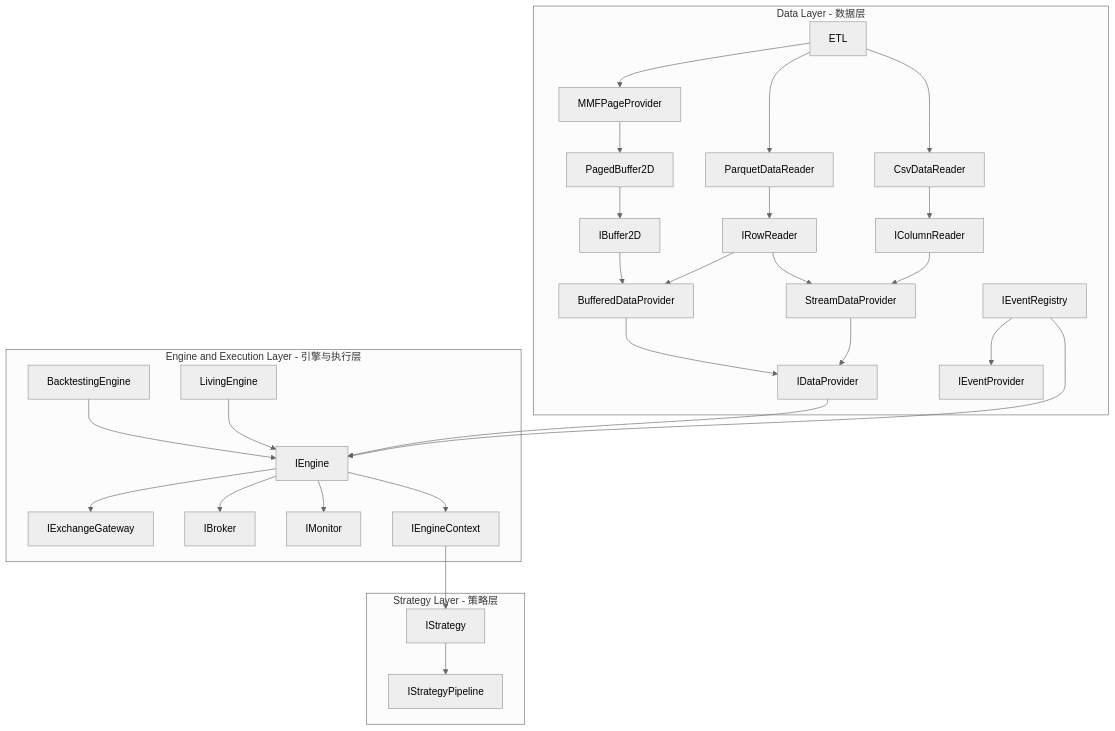
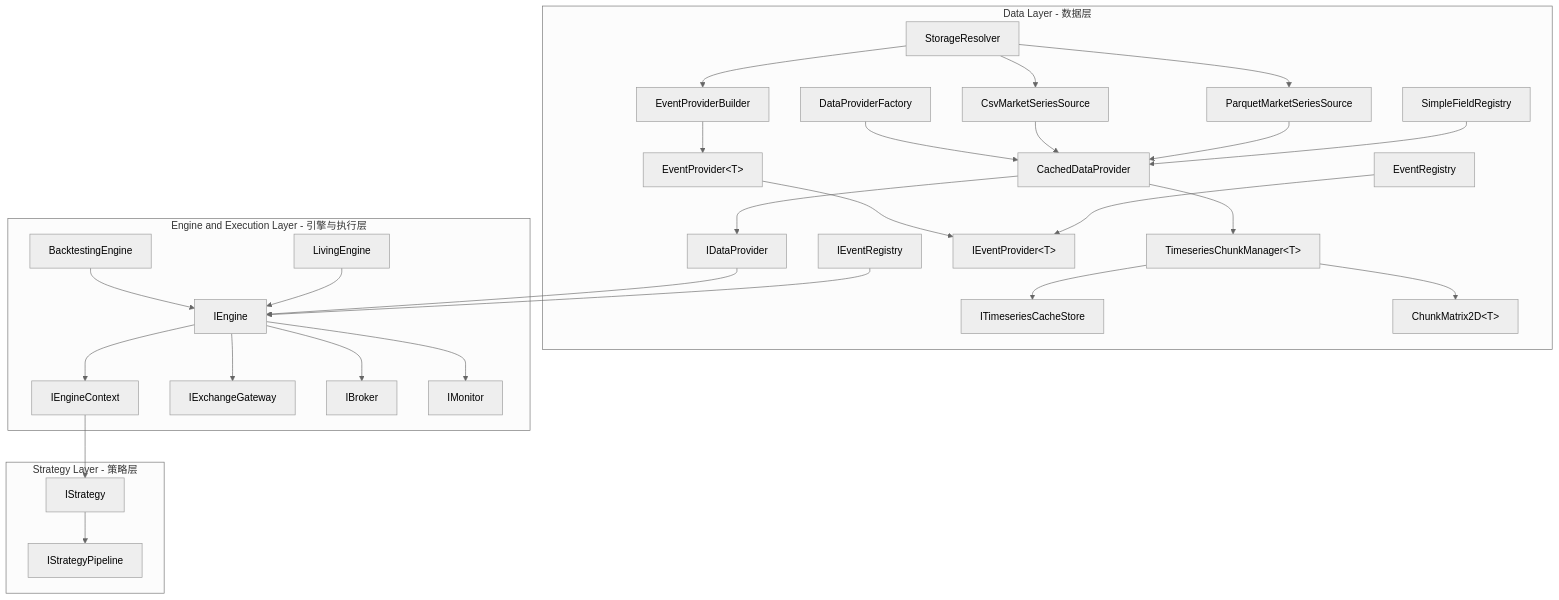
Before and after one commit to CRThu/CarrotQuant.Net: the diagram in Diagram/CarrotBacktesting.Net.Diagram.md, drawn with Mermaid (neutral theme). The commit also changed 29 other files, not shown here.

First line of the commit message:
refactor(data): 重构核心矩阵契约并统一领域命名为 Matrix 与 Store

````diff
--- a/Diagram/CarrotBacktesting.Net.Diagram.md
+++ b/Diagram/CarrotBacktesting.Net.Diagram.md
@@ -1,60 +1,62 @@
 ```mermaid
 graph TD
     subgraph DataLayer [Data Layer - 数据层]
-        ETL[ETL]
-        MMFPageProvider[MMFPageProvider]
-        ParquetDataReader[ParquetDataReader]
-        CsvDataReader[CsvDataReader]
-        PagedBuffer2D[PagedBuffer2D]
-        IRowReader[IRowReader]
-        IColumnReader[IColumnReader]
-        IBuffer2D[IBuffer2D]
-        BufferedDataProvider[BufferedDataProvider]
-        StreamDataProvider[StreamDataProvider]
+        StorageResolver[StorageResolver]
+        CsvMarketSeriesSource[CsvMarketSeriesSource]
+        ParquetMarketSeriesSource[ParquetMarketSeriesSource]
+        SimpleFieldRegistry[SimpleFieldRegistry]
+        DataProviderFactory[DataProviderFactory]
+        CachedDataProvider[CachedDataProvider]
+        TimeseriesChunkManager[TimeseriesChunkManager&lt;T&gt;]
+        ITimeseriesCacheStore[ITimeseriesCacheStore]
+        ChunkMatrix2D[ChunkMatrix2D&lt;T&gt;]
         IDataProvider[IDataProvider]
+        EventProvider[EventProvider&lt;T&gt;]
+        EventProviderBuilder[EventProviderBuilder]
+        EventRegistry[EventRegistry]
+        IEventProvider[IEventProvider&lt;T&gt;]
         IEventRegistry[IEventRegistry]
-        IEventProvider[IEventProvider]
 
-        ETL --> MMFPageProvider
-        ETL --> ParquetDataReader
-        ETL --> CsvDataReader
-        MMFPageProvider --> PagedBuffer2D
-        ParquetDataReader --> IRowReader
-        CsvDataReader --> IColumnReader
-        PagedBuffer2D --> IBuffer2D
-        IBuffer2D --> BufferedDataProvider
-        IRowReader --> BufferedDataProvider
-        IColumnReader --> StreamDataProvider
-        IRowReader --> StreamDataProvider
-        BufferedDataProvider --> IDataProvider
-        StreamDataProvider --> IDataProvider
-        IEventRegistry --> IEventProvider
+        StorageResolver --> CsvMarketSeriesSource
+        StorageResolver --> ParquetMarketSeriesSource
+        DataProviderFactory --> CachedDataProvider
+        CsvMarketSeriesSource --> CachedDataProvider
+        ParquetMarketSeriesSource --> CachedDataProvider
+        SimpleFieldRegistry --> CachedDataProvider
+        CachedDataProvider --> TimeseriesChunkManager
+        TimeseriesChunkManager --> ITimeseriesCacheStore
+        TimeseriesChunkManager --> ChunkMatrix2D
+        CachedDataProvider --> IDataProvider
+        StorageResolver --> EventProviderBuilder
+        EventProviderBuilder --> EventProvider
+        EventProvider --> IEventProvider
+        EventRegistry --> IEventProvider
     end
 
     subgraph EngineExecutionLayer [Engine and Execution Layer - 引擎与执行层]
         BacktestingEngine[BacktestingEngine]
         LivingEngine[LivingEngine]
         IEngine[IEngine]
         IEngineContext[IEngineContext]
         IExchangeGateway[IExchangeGateway]
         IBroker[IBroker]
         IMonitor[IMonitor]
 
         BacktestingEngine --> IEngine
         LivingEngine --> IEngine
         IDataProvider --> IEngine
         IEventRegistry --> IEngine
         IEngine --> IExchangeGateway
         IEngine --> IBroker
         IEngine --> IMonitor
         IEngine --> IEngineContext
     end
 
     subgraph StrategyLayer [Strategy Layer - 策略层]
         IStrategy[IStrategy]
         IStrategyPipeline[IStrategyPipeline]
 
         IEngineContext --> IStrategy
         IStrategy --> IStrategyPipeline
     end
 ```
````
